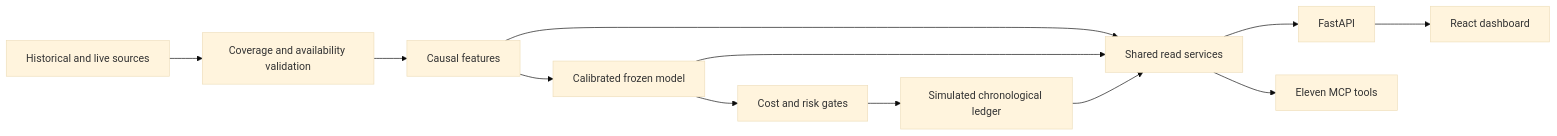
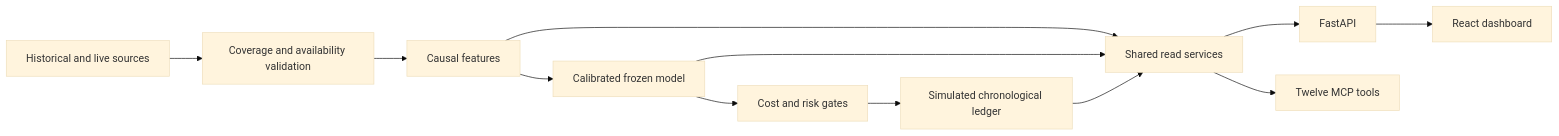
The diagram in README.md (Jaideep27/Qunat-Pilot-BTC), drawn with Mermaid (base theme) before and after one commit. The commit also changed other lines of this file, not shown here.

````diff
--- a/README.md
+++ b/README.md
@@ -102,14 +104,14 @@
 ```mermaid
 flowchart LR
     Sources[Historical and live sources] --> Audit[Coverage and availability validation]
     Audit --> Features[Causal features]
     Features --> Model[Calibrated frozen model]
     Model --> Risk[Cost and risk gates]
     Risk --> Ledger[Simulated chronological ledger]
     Features --> Services[Shared read services]
     Model --> Services
     Ledger --> Services
     Services --> API[FastAPI]
-    Services --> MCP[Eleven MCP tools]
+    Services --> MCP[Twelve MCP tools]
     API --> UI[React dashboard]
 ```
````
